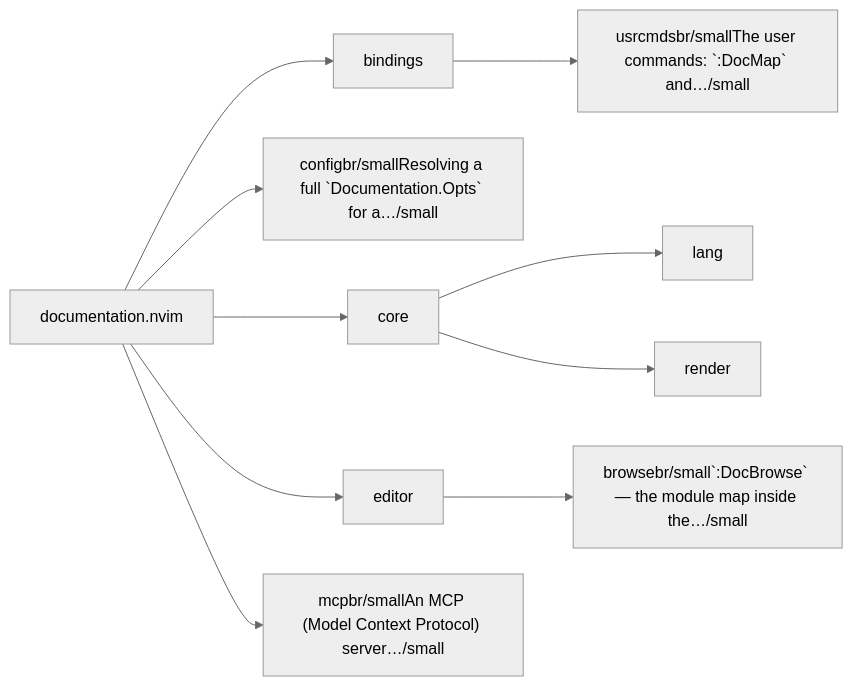
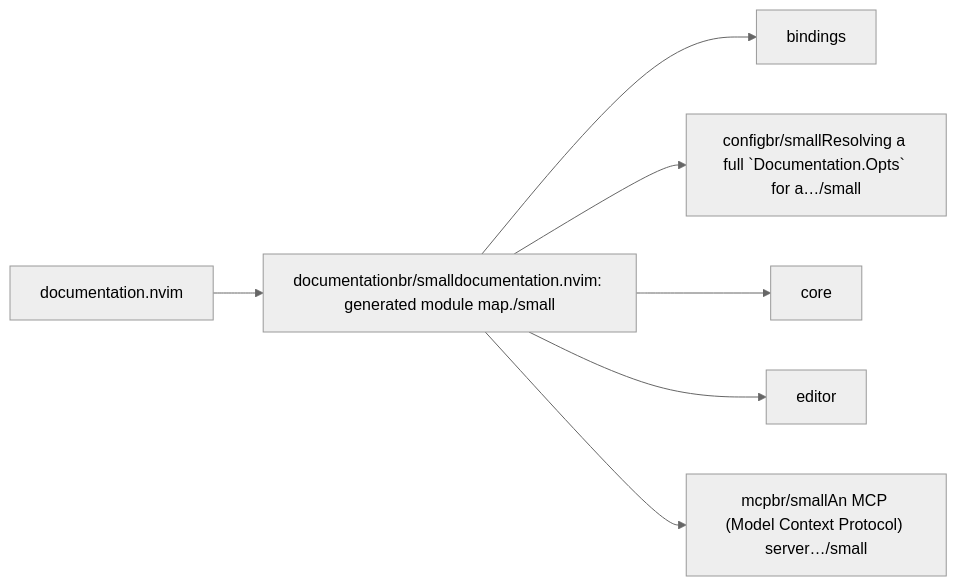
The first of 2 diagrams in docs/map/overview.md (StefanBartl/documentation.nvim), drawn with Mermaid (neutral theme) before and after one commit. The commit also changed other lines of this file and 7 other files, not shown here.

````diff
--- a/docs/map/overview.md
+++ b/docs/map/overview.md
@@ -14,22 +14,16 @@
 ```mermaid
 flowchart LR
-  nlua_documentation["documentation.nvim"]
+  nlua["documentation.nvim"]
+  nlua_documentation["documentationbr/smalldocumentation.nvim: generated module map./small"]
   nlua_documentation_bindings["bindings"]
-  nlua_documentation_bindings_usrcmds["usrcmdsbr/smallThe user commands: `:DocMap` and…/small"]
   nlua_documentation_config["configbr/smallResolving a full `Documentation.Opts` for a…/small"]
   nlua_documentation_core["core"]
-  nlua_documentation_core_lang["lang"]
-  nlua_documentation_core_render["render"]
   nlua_documentation_editor["editor"]
-  nlua_documentation_editor_browse["browsebr/small`:DocBrowse` — the module map inside the…/small"]
   nlua_documentation_mcp["mcpbr/smallAn MCP (Model Context Protocol) server…/small"]
+  nlua --> nlua_documentation
   nlua_documentation --> nlua_documentation_bindings
-  nlua_documentation_bindings --> nlua_documentation_bindings_usrcmds
   nlua_documentation --> nlua_documentation_config
   nlua_documentation --> nlua_documentation_core
-  nlua_documentation_core --> nlua_documentation_core_lang
-  nlua_documentation_core --> nlua_documentation_core_render
   nlua_documentation --> nlua_documentation_editor
-  nlua_documentation_editor --> nlua_documentation_editor_browse
   nlua_documentation --> nlua_documentation_mcp
 ```
````
